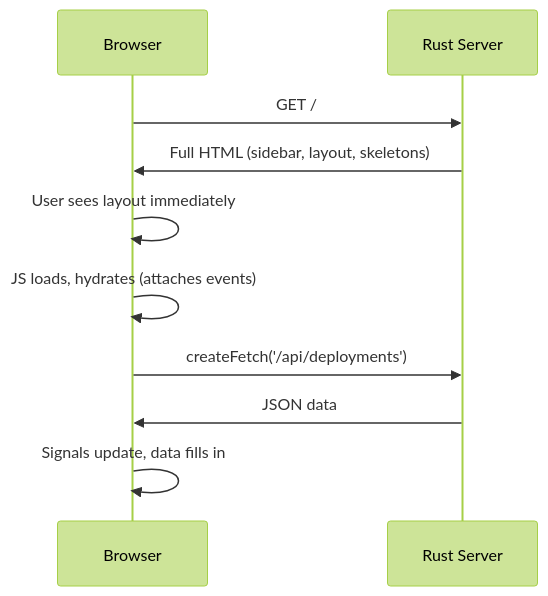
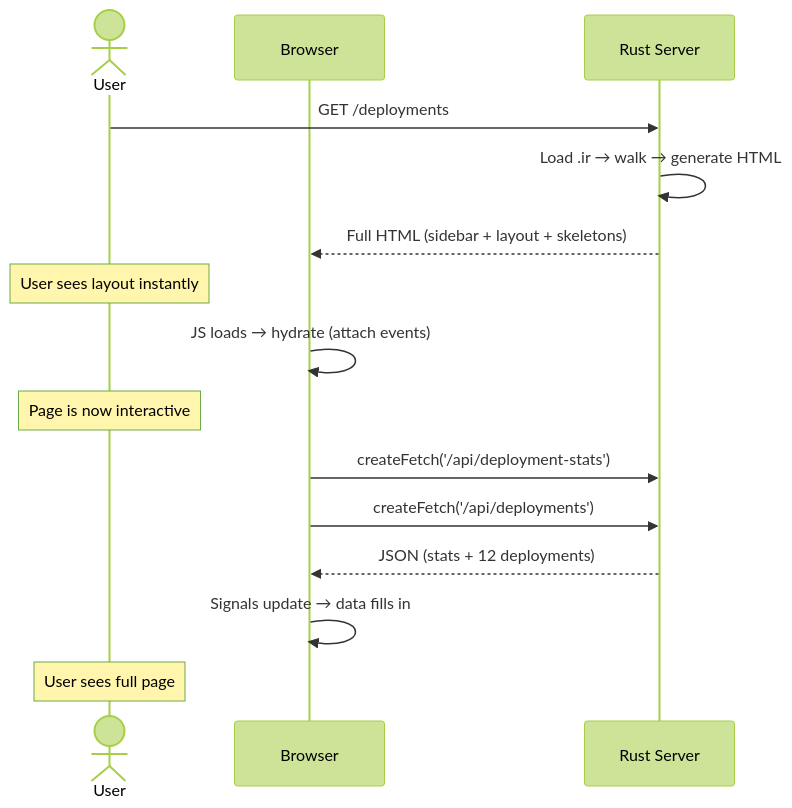
One commit to getforma-dev/create-forma-app changed the third of 3 diagrams in templates/dashboard/README.md. Above: the diagram before and after it, drawn with Mermaid (forest theme). The commit also changed other lines of this file, not shown here.

First line of the commit message:
docs: redesign Mermaid diagrams — cleaner layout, Gruvbox styling, no overlap

````diff
--- a/templates/dashboard/README.md
+++ b/templates/dashboard/README.md
@@ -350,12 +362,18 @@
 ```mermaid
 sequenceDiagram
+  actor User
   participant B as Browser
   participant S as Rust Server
-  B->>S: GET /
-  S->>B: Full HTML (sidebar, layout, skeletons)
-  B->>B: User sees layout immediately
-  B->>B: JS loads, hydrates (attaches events)
+
+  User->>S: GET /deployments
+  S->>S: Load .ir → walk → generate HTML
+  S-->>B: Full HTML (sidebar + layout + skeletons)
+  Note over User: User sees layout instantly
+  B->>B: JS loads → hydrate (attach events)
+  Note over User: Page is now interactive
+  B->>S: createFetch('/api/deployment-stats')
   B->>S: createFetch('/api/deployments')
-  S->>B: JSON data
-  B->>B: Signals update, data fills in
+  S-->>B: JSON (stats + 12 deployments)
+  B->>B: Signals update → data fills in
+  Note over User: User sees full page
 ```
````
